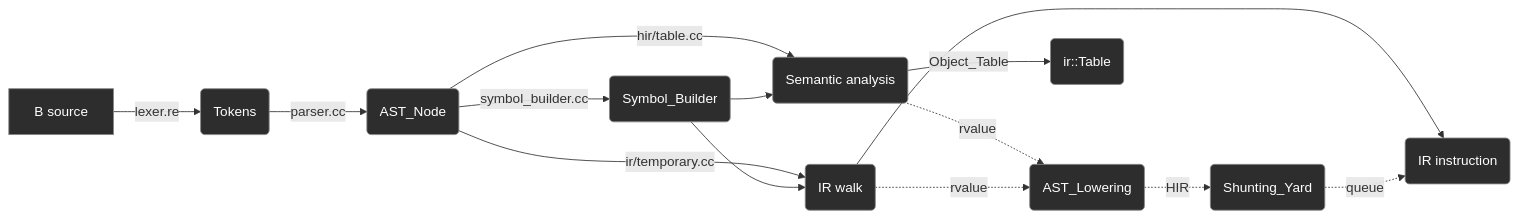
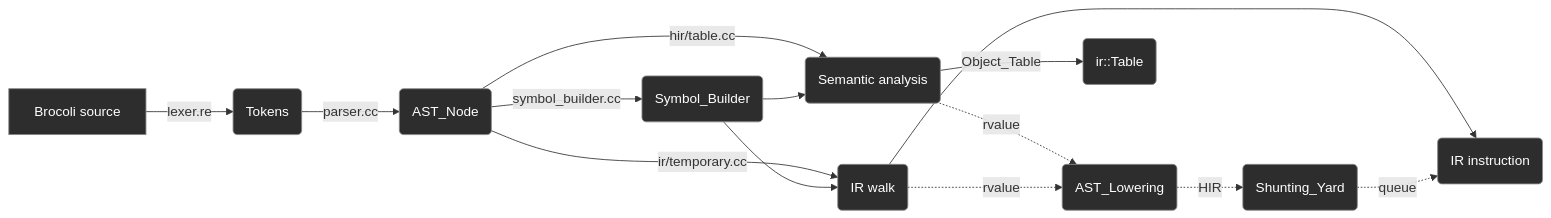
Before and after one commit to jahan-addison/credence: the diagram in credence/language/README.md, drawn with Mermaid. The commit also changed 12 other files, not shown here.

````diff
--- a/credence/language/README.md
+++ b/credence/language/README.md
@@ -7,27 +7,27 @@
 ```mermaid
 flowchart LR
-    A[B source] -->|lexer.re| B(Tokens)
+    A[Brocoli source] -->|lexer.re| B(Tokens)
     B -->|parser.cc| C(AST_Node)
     C -->|symbol_builder.cc| H(Symbol_Builder)
     C -->|hir/table.cc| S(Semantic analysis)
     H --> S
     S -.->|rvalue| E
     S -->|Object_Table| T(ir::Table)
     C -->|ir/temporary.cc| D(IR walk)
     H --> D
     D --> G(IR instruction)
     D -.->|rvalue| E(AST_Lowering)
     E -.->|HIR| F(Shunting_Yard)
     F -.->|queue| G
 
     style A fill:#2d2d2d,stroke:#888,color:#fff
     style B fill:#2d2d2d,stroke:#888,color:#fff
     style C fill:#2d2d2d,stroke:#888,color:#fff
     style D fill:#2d2d2d,stroke:#888,color:#fff
     style E fill:#2d2d2d,stroke:#888,color:#fff
     style F fill:#2d2d2d,stroke:#888,color:#fff
     style G fill:#2d2d2d,stroke:#888,color:#fff
     style H fill:#2d2d2d,stroke:#888,color:#fff
     style S fill:#2d2d2d,stroke:#888,color:#fff
     style T fill:#2d2d2d,stroke:#888,color:#fff
 ```
````
